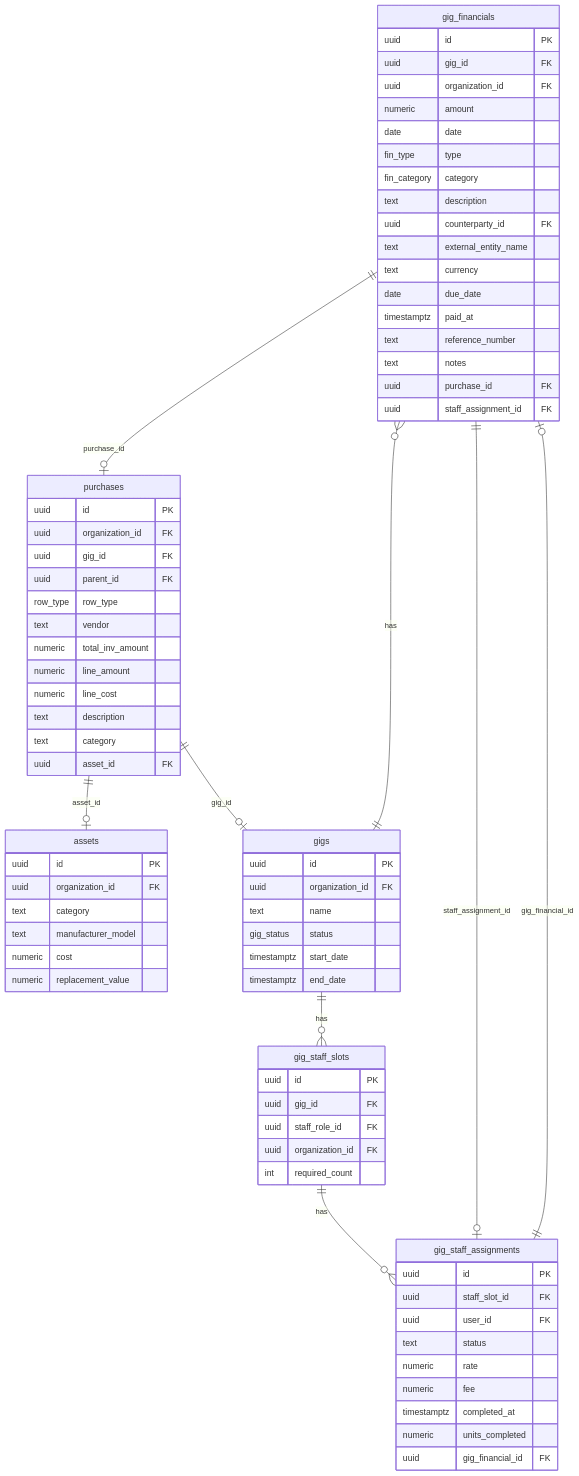
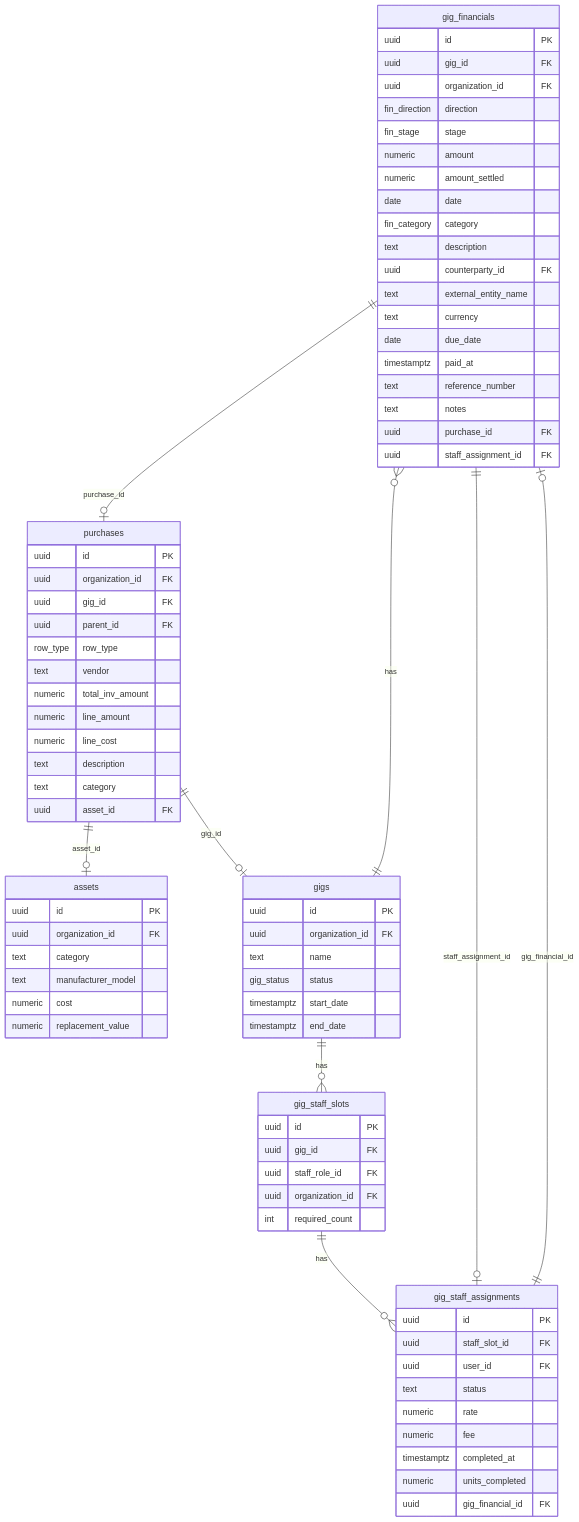
One commit to corourke/GigManager changed the first of 2 diagrams in docs/technical/gig-financials.md. Above: the diagram before and after it, drawn with Mermaid. The commit also changed other lines of this file and 43 other files, not shown here.

```diff
--- a/docs/technical/gig-financials.md
+++ b/docs/technical/gig-financials.md
@@ -28,9 +28,11 @@
         uuid id PK
         uuid gig_id FK
         uuid organization_id FK
+        fin_direction direction
+        fin_stage stage
         numeric amount
+        numeric amount_settled
         date date
-        fin_type type
         fin_category category
         text description
         uuid counterparty_id FK
```
